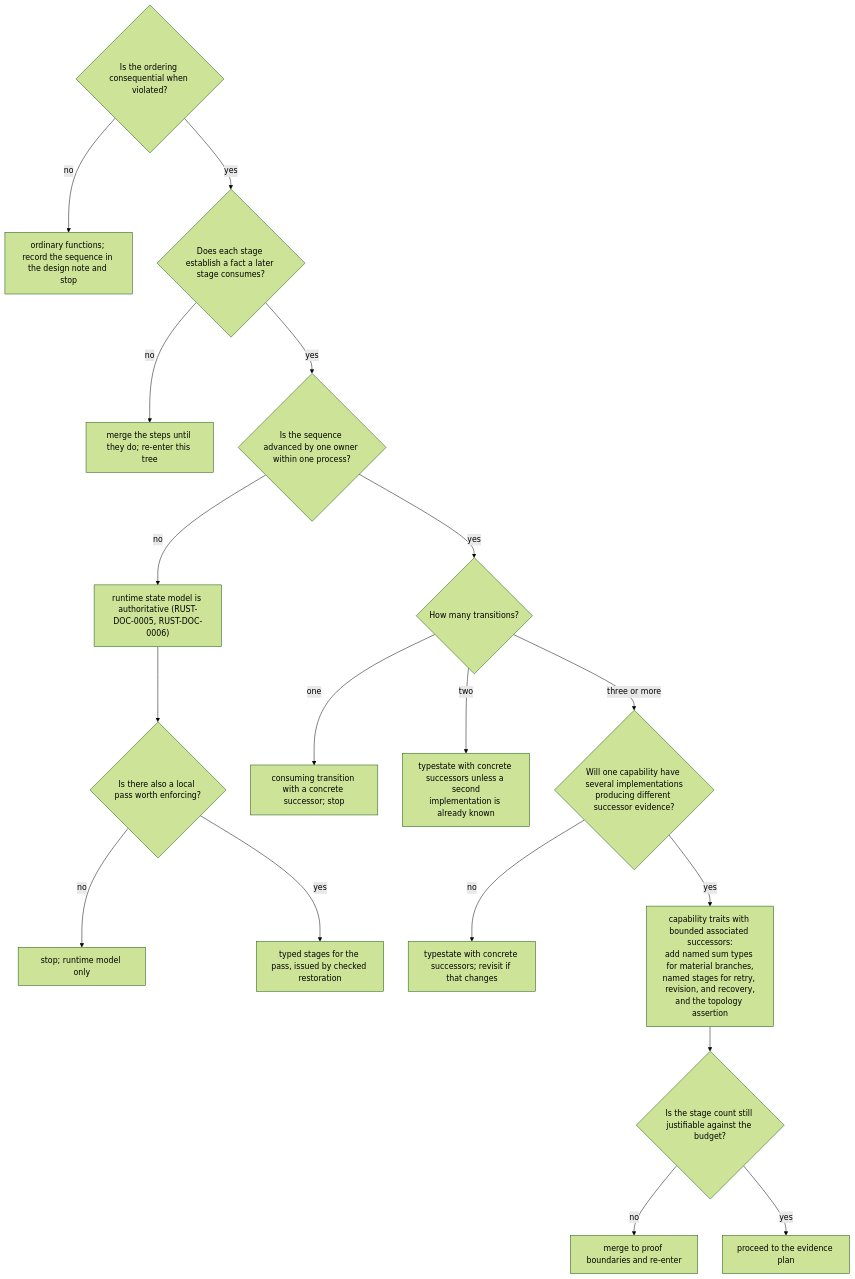
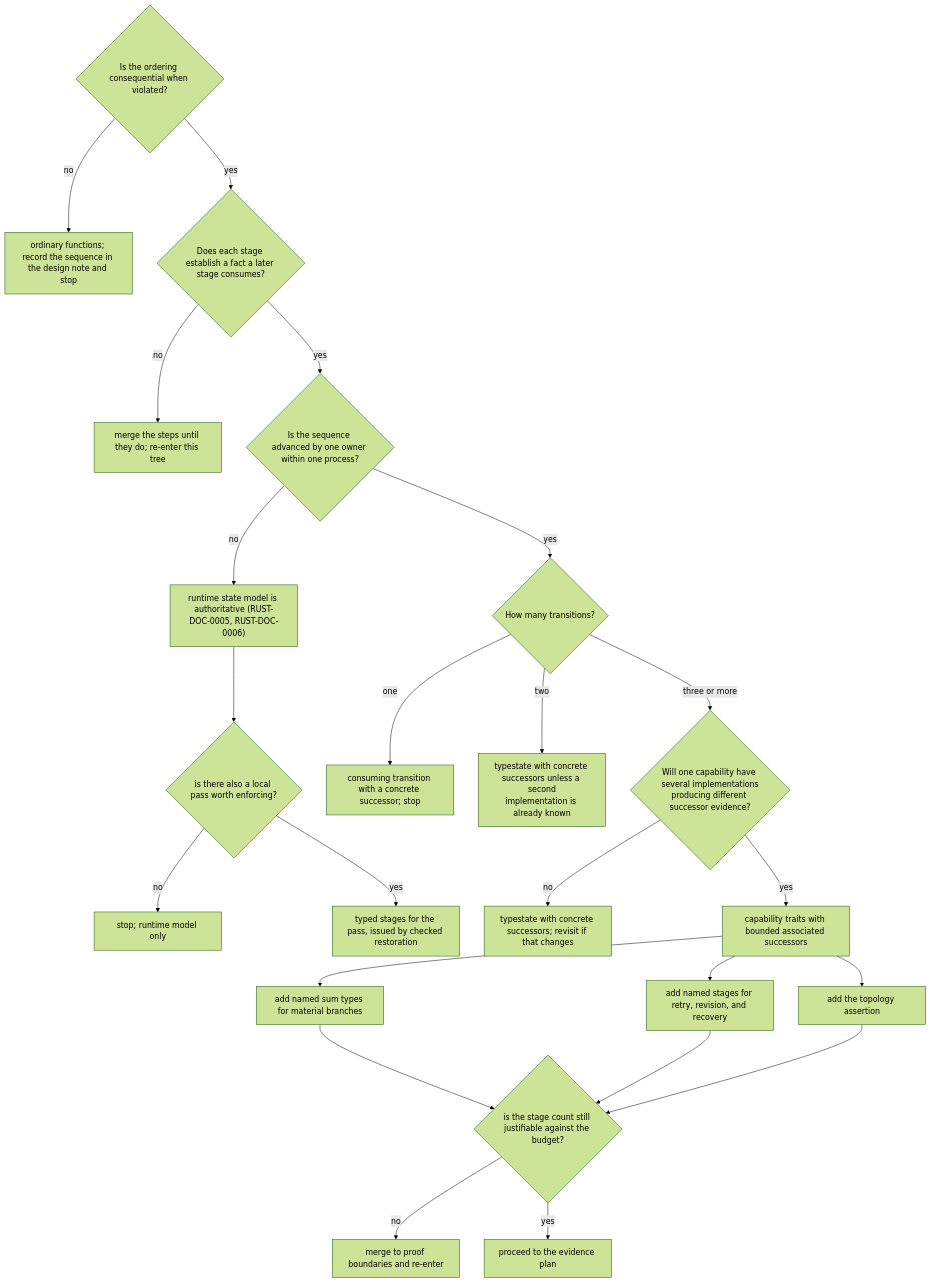
Before and after one commit to fluminis-scientiae-oraculum/doctrines-rust: the diagram in doctrines/0010-staged-protocols/decision-framework.md, drawn with Mermaid (forest theme). The commit also changed 29 other files, not shown here.

````diff
--- a/doctrines/0010-staged-protocols/decision-framework.md
+++ b/doctrines/0010-staged-protocols/decision-framework.md
@@ -42,21 +42,26 @@
 ```mermaid
 flowchart TD
     ordering{Is the ordering consequential when violated?}
     ordering -->|no| functions["ordinary functions; record the sequence in the design note and stop"]
     ordering -->|yes| establishes{Does each stage establish a fact a later stage consumes?}
     establishes -->|no| merge["merge the steps until they do; re-enter this tree"]
     establishes -->|yes| owner{Is the sequence advanced by one owner within one process?}
     owner -->|no| runtime["runtime state model is authoritative (RUST-DOC-0005, RUST-DOC-0006)"]
-    runtime --> localpass{Is there also a local pass worth enforcing?}
+    runtime --> localpass{is there also a local pass worth enforcing?}
     localpass -->|no| runtimeonly["stop; runtime model only"]
     localpass -->|yes| pass["typed stages for the pass, issued by checked restoration"]
     owner -->|yes| transitions{How many transitions?}
     transitions -->|one| consuming["consuming transition with a concrete successor; stop"]
     transitions -->|two| twostate["typestate with concrete successors unless a second<br>implementation is already known"]
     transitions -->|three or more| several{"Will one capability have several implementations<br>producing different successor evidence?"}
     several -->|no| concrete["typestate with concrete successors; revisit if that changes"]
-    several -->|yes| traits["capability traits with bounded associated successors:<br>add named sum types for material branches,<br>named stages for retry, revision, and recovery,<br>and the topology assertion"]
-    traits --> budget{Is the stage count still justifiable against the budget?}
+    several -->|yes| traits[capability traits with bounded associated successors]
+    traits --> sums[add named sum types for material branches]
+    traits --> stages[add named stages for retry, revision, and recovery]
+    traits --> topology[add the topology assertion]
+    sums --> budget{is the stage count still justifiable against the budget?}
+    stages --> budget
+    topology --> budget
     budget -->|no| remerge[merge to proof boundaries and re-enter]
     budget -->|yes| proceed[proceed to the evidence plan]
 ```
````
